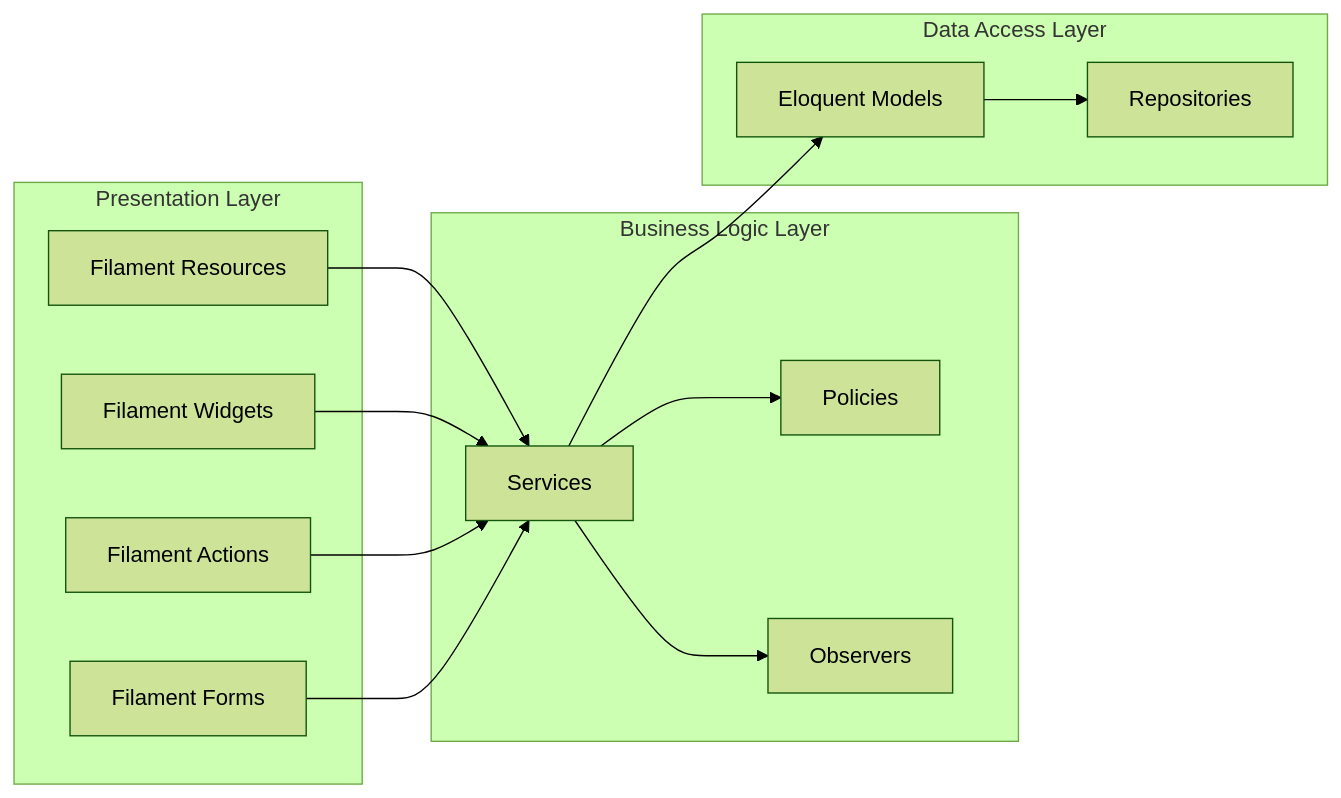
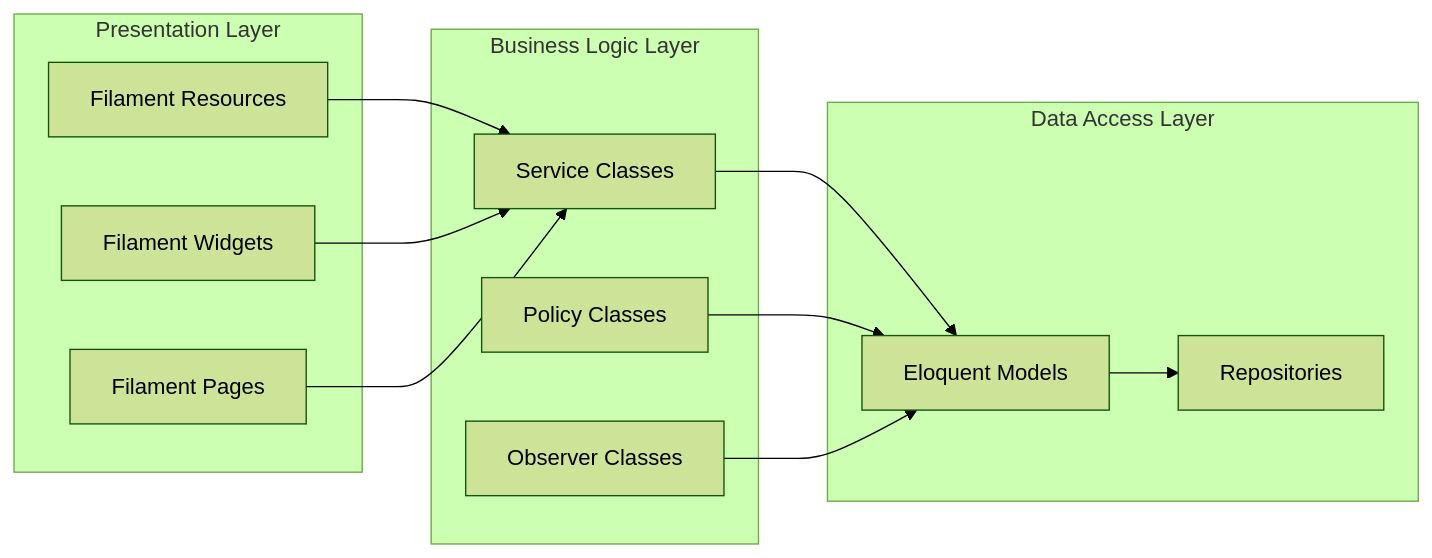
The second of 2 diagrams in .kiro/specs/filament-admin-access/design.md (IzzatFirdaus/ictserve-031125), drawn with Mermaid (forest theme) before and after one commit. The commit also changed other lines of this file and 13 other files, not shown here.

````diff
--- a/.kiro/specs/filament-admin-access/design.md
+++ b/.kiro/specs/filament-admin-access/design.md
@@ -84,29 +58,27 @@
 ```mermaid
 graph LR
     subgraph "Presentation Layer"
-        FL[Filament Resources]
-        FW[Filament Widgets]
-        FA[Filament Actions]
-        FF[Filament Forms]
+        A[Filament Resources]
+        B[Filament Widgets]
+        C[Filament Pages]
     end
-    
+
     subgraph "Business Logic Layer"
-        SVC[Services]
-        POL[Policies]
-        OBS[Observers]
+        D[Service Classes]
+        E[Policy Classes]
+        F[Observer Classes]
     end
-    
+
     subgraph "Data Access Layer"
-        MOD[Eloquent Models]
-        REP[Repositories]
+        G[Eloquent Models]
+        H[Repositories]
     end
-    
-    FL --> SVC
-    FW --> SVC
-    FA --> SVC
-    FF --> SVC
-    SVC --> POL
-    SVC --> OBS
-    SVC --> MOD
-    MOD --> REP
+
+    A --> D
+    B --> D
+    C --> D
+    D --> G
+    E --> G
+    F --> G
+    G --> H
 ```
````
